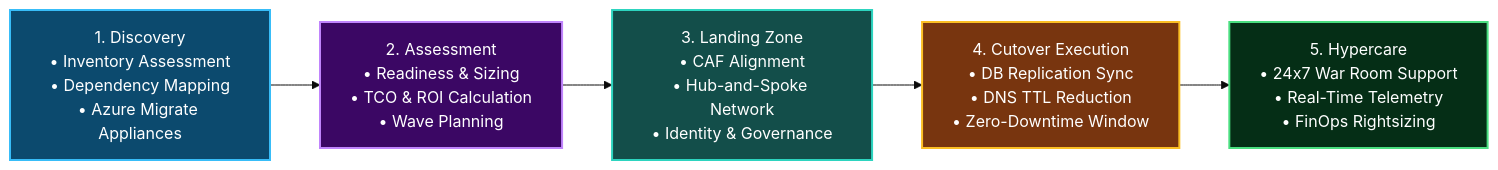
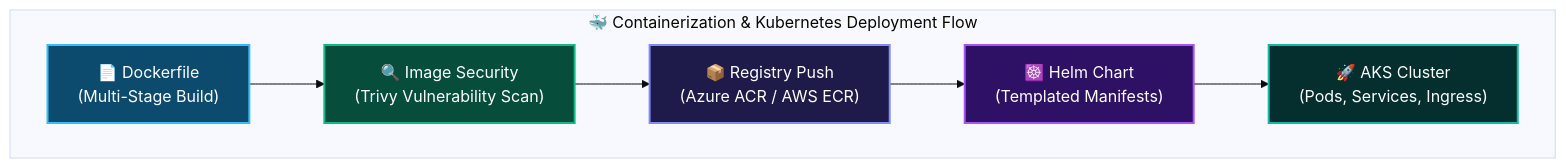
One commit to Sarvesh0401/Sarvesh0401 changed the fourth of 6 diagrams in README.md. Above: the diagram before and after it, drawn with Mermaid (base theme). The commit also changed other lines of this file and 3 other files, not shown here.

First line of the commit message:
feat: align profile to Senior DevSecOps focusing on Terraform, CI/CD, and Kubernetes

````diff
--- a/README.md
+++ b/README.md
@@ -251,19 +202,22 @@
 ```mermaid
-flowchart LR
-    S1["1. Discovery<br/>• Inventory Assessment<br/>• Dependency Mapping<br/>• Azure Migrate Appliances"] --> S2["2. Assessment<br/>• Readiness & Sizing<br/>• TCO & ROI Calculation<br/>• Wave Planning"]
-    S2 --> S3["3. Landing Zone<br/>• CAF Alignment<br/>• Hub-and-Spoke Network<br/>• Identity & Governance"]
-    S3 --> S4["4. Cutover Execution<br/>• DB Replication Sync<br/>• DNS TTL Reduction<br/>• Zero-Downtime Window"]
-    S4 --> S5["5. Hypercare<br/>• 24x7 War Room Support<br/>• Real-Time Telemetry<br/>• FinOps Rightsizing"]
+flowchart TD
+    subgraph ContainerFlow ["🐳 Containerization & Kubernetes Deployment Flow"]
+        direction LR
+        D1["📄 Dockerfile<br/>(Multi-Stage Build)"] --> D2["🔍 Image Security<br/>(Trivy Vulnerability Scan)"]
+        D2 --> D3["📦 Registry Push<br/>(Azure ACR / AWS ECR)"]
+        D3 --> D4["☸️ Helm Chart<br/>(Templated Manifests)"]
+        D4 --> D5["🚀 AKS Cluster<br/>(Pods, Services, Ingress)"]
+    end
 
-    classDef m1 fill:#0c4a6e,stroke:#38bdf8,stroke-width:2px,color:#ffffff;
-    classDef m2 fill:#3b0764,stroke:#c084fc,stroke-width:2px,color:#ffffff;
-    classDef m3 fill:#134e4a,stroke:#2dd4bf,stroke-width:2px,color:#ffffff;
-    classDef m4 fill:#78350f,stroke:#fbbf24,stroke-width:2px,color:#ffffff;
-    classDef m5 fill:#052e16,stroke:#4ade80,stroke-width:2px,color:#ffffff;
+    classDef d1 fill:#0c4a6e,stroke:#38bdf8,stroke-width:2px,color:#fff;
+    classDef d2 fill:#064e3b,stroke:#10b981,stroke-width:2px,color:#fff;
+    classDef d3 fill:#1e1b4b,stroke:#818cf8,stroke-width:2px,color:#fff;
+    classDef d4 fill:#2e1065,stroke:#a855f7,stroke-width:2px,color:#fff;
+    classDef d5 fill:#042f2e,stroke:#14b8a6,stroke-width:2px,color:#fff;
 
-    class S1 m1;
-    class S2 m2;
-    class S3 m3;
-    class S4 m4;
-    class S5 m5;
+    class D1 d1;
+    class D2 d2;
+    class D3 d3;
+    class D4 d4;
+    class D5 d5;
 ```
````
